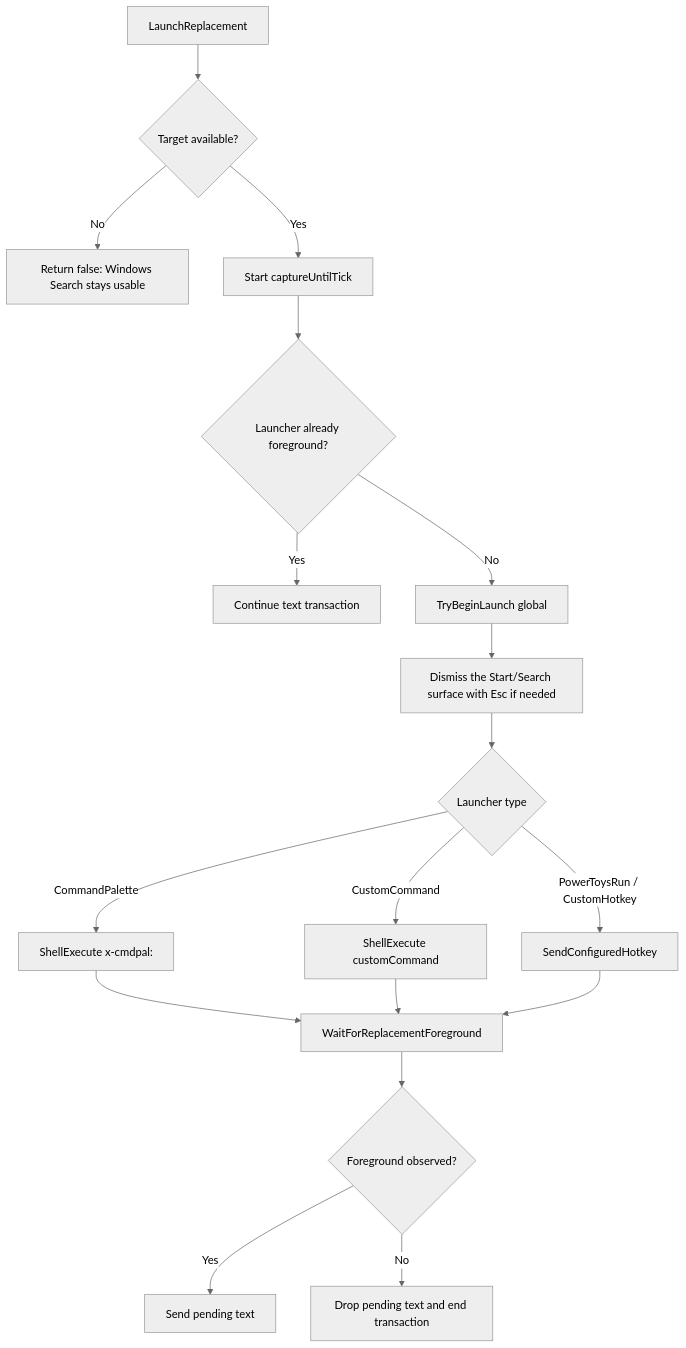
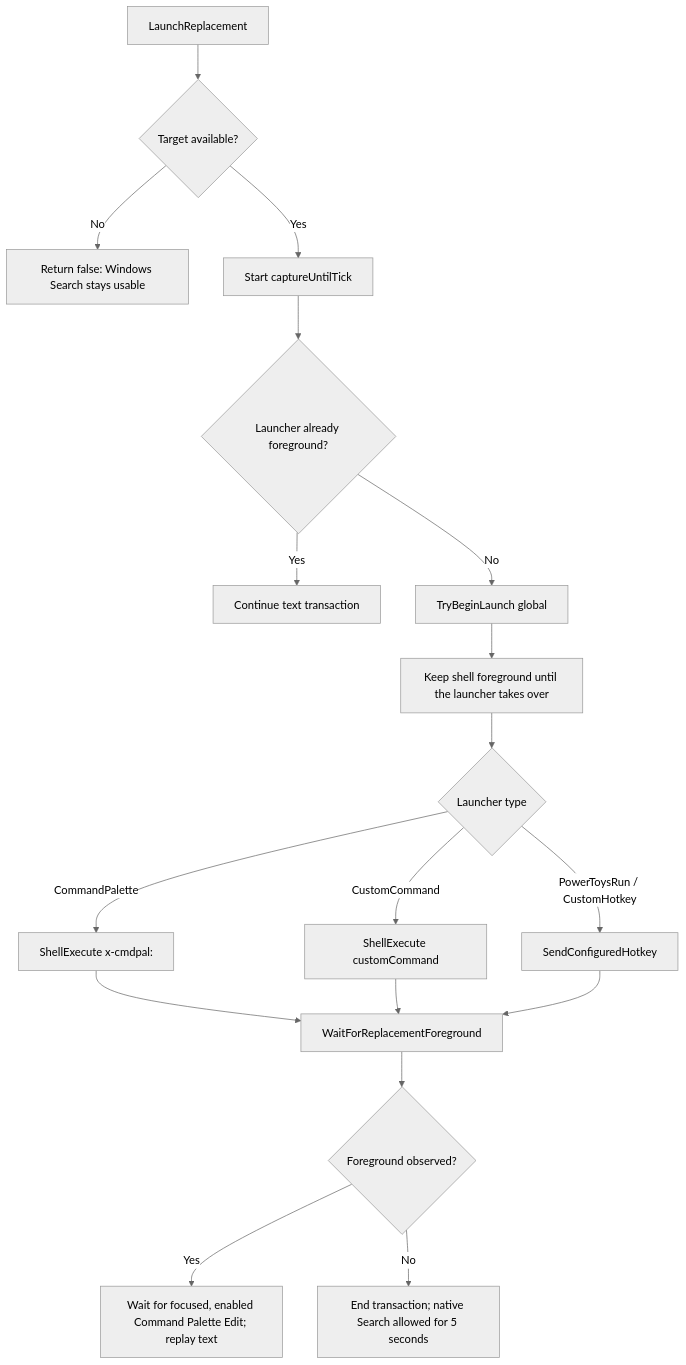
The fifth of 5 diagrams in README.md (Fefedu973/Windows-Search-Redirector), drawn with Mermaid (neutral theme) before and after one commit. The commit also changed other lines of this file and 10 other files, not shown here.

````diff
--- a/README.md
+++ b/README.md
@@ -166,20 +168,20 @@
 ```mermaid
 flowchart TD
     A["LaunchReplacement"] --> B{"Target available?"}
     B -->|"No"| C["Return false: Windows Search stays usable"]
     B -->|"Yes"| D["Start captureUntilTick"]
     D --> E{"Launcher already foreground?"}
     E -->|"Yes"| F["Continue text transaction"]
     E -->|"No"| G["TryBeginLaunch global"]
-    G --> H["Dismiss the Start/Search surface with Esc if needed"]
+    G --> H["Keep shell foreground until the launcher takes over"]
     H --> I{"Launcher type"}
     I -->|"CommandPalette"| J["ShellExecute x-cmdpal:"]
     I -->|"CustomCommand"| K["ShellExecute customCommand"]
     I -->|"PowerToysRun / CustomHotkey"| L["SendConfiguredHotkey"]
     J --> M["WaitForReplacementForeground"]
     K --> M
     L --> M
     M --> N{"Foreground observed?"}
-    N -->|"Yes"| O["Send pending text"]
-    N -->|"No"| P["Drop pending text and end transaction"]
+    N -->|"Yes"| O["Wait for focused, enabled Command Palette Edit; replay text"]
+    N -->|"No"| P["End transaction; native Search allowed for 5 seconds"]
 ```
````
